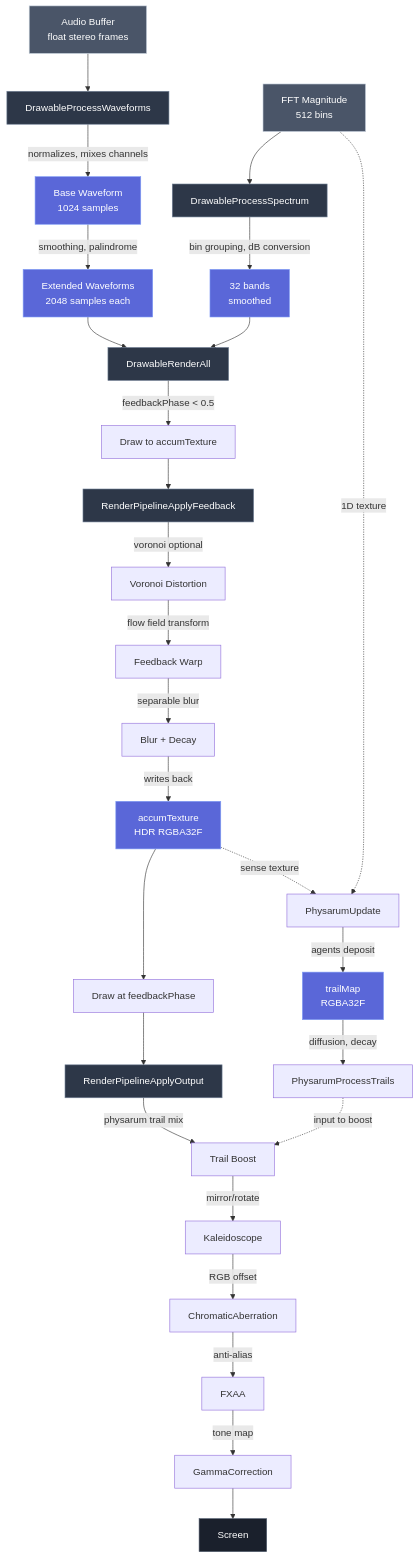
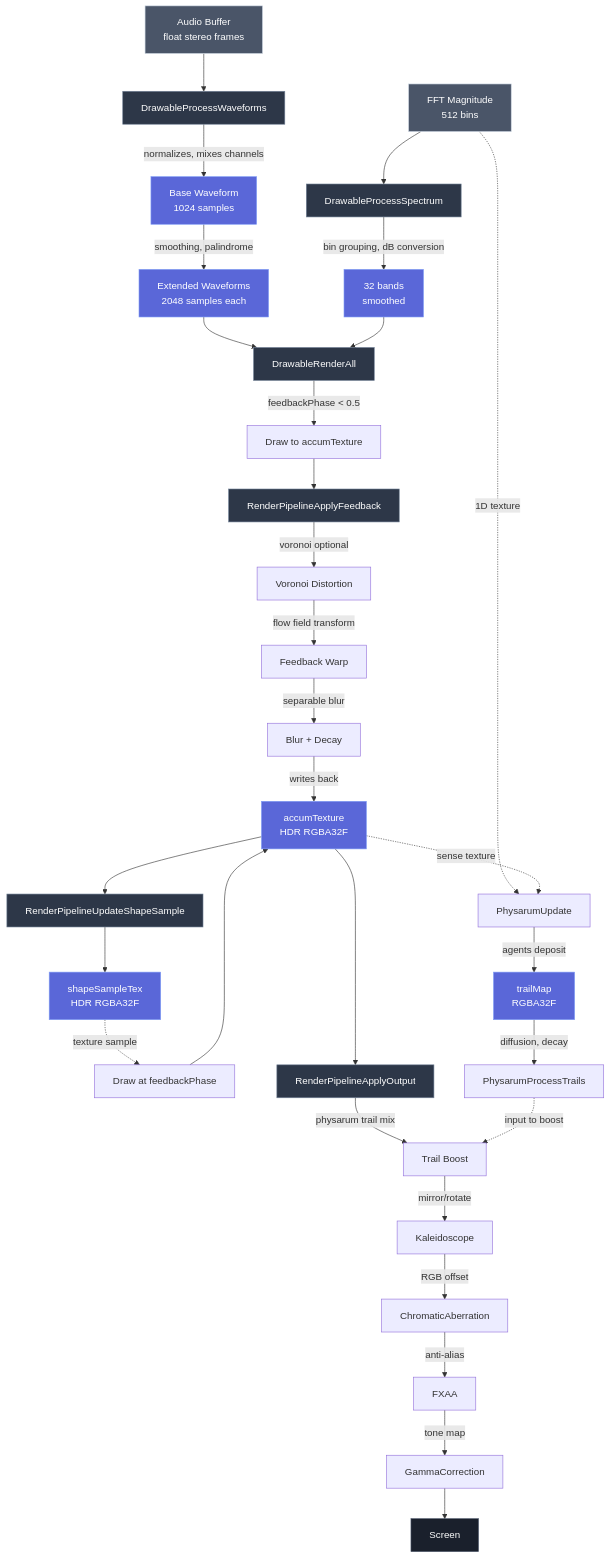
The diagram in docs/modules/render.md (EvanLavender13/audio-jones), drawn with Mermaid before and after one commit. The commit also changed other lines of this file and 4 other files, not shown here.

First line of the commit message:
Sync architecture docs with shape rendering changes

````diff
--- a/docs/modules/render.md
+++ b/docs/modules/render.md
@@ -24,52 +25,57 @@
 ```mermaid
 graph TD
     %% Input stage
     AudioBuffer[Audio Buffer<br/>float stereo frames] --> DrawableProcessWaveforms
     FFTMagnitude[FFT Magnitude<br/>512 bins] --> DrawableProcessSpectrum
 
     %% Processing stage
     DrawableProcessWaveforms --> |normalizes, mixes channels| WaveformBase[Base Waveform<br/>1024 samples]
     WaveformBase --> |smoothing, palindrome| WaveformExtended[Extended Waveforms<br/>2048 samples each]
     DrawableProcessSpectrum --> |bin grouping, dB conversion| SpectrumBands[32 bands<br/>smoothed]
 
     %% Rendering stage
     WaveformExtended --> DrawableRenderAll
     SpectrumBands --> DrawableRenderAll
     DrawableRenderAll --> |feedbackPhase < 0.5| PreFeedbackDraw[Draw to accumTexture]
 
     %% Feedback pipeline
     PreFeedbackDraw --> RenderPipelineApplyFeedback
     RenderPipelineApplyFeedback --> |voronoi optional| VoronoiPass[Voronoi Distortion]
     VoronoiPass --> |flow field transform| FeedbackPass[Feedback Warp]
     FeedbackPass --> |separable blur| BlurPass[Blur + Decay]
     BlurPass --> |writes back| AccumTexture[accumTexture<br/>HDR RGBA32F]
 
+    %% Shape sample copy
+    AccumTexture --> RenderPipelineUpdateShapeSample
+    RenderPipelineUpdateShapeSample --> ShapeSampleTex[shapeSampleTex<br/>HDR RGBA32F]
+
     %% Post-feedback draw
-    AccumTexture --> PostFeedbackDraw[Draw at feedbackPhase]
-    PostFeedbackDraw --> RenderPipelineApplyOutput
+    ShapeSampleTex -.->|texture sample| PostFeedbackDraw[Draw at feedbackPhase]
+    PostFeedbackDraw --> AccumTexture
+    AccumTexture --> RenderPipelineApplyOutput
 
     %% Output pipeline
     RenderPipelineApplyOutput --> |physarum trail mix| TrailBoost[Trail Boost]
     TrailBoost --> |mirror/rotate| Kaleidoscope
     Kaleidoscope --> |RGB offset| ChromaticAberration
     ChromaticAberration --> |anti-alias| FXAA
     FXAA --> |tone map| GammaCorrection
     GammaCorrection --> Screen[Screen]
 
     %% Physarum simulation
     FFTMagnitude -.->|1D texture| PhysarumUpdate
     AccumTexture -.->|sense texture| PhysarumUpdate
     PhysarumUpdate --> |agents deposit| TrailMap[trailMap<br/>RGBA32F]
     TrailMap --> |diffusion, decay| PhysarumProcessTrails
     PhysarumProcessTrails -.->|input to boost| TrailBoost
 
     classDef input fill:#4a5568,stroke:#cbd5e0,color:#fff
     classDef process fill:#2d3748,stroke:#718096,color:#fff
     classDef output fill:#1a202c,stroke:#4a5568,color:#fff
     classDef texture fill:#5a67d8,stroke:#7f9cf5,color:#fff
 
     class AudioBuffer,FFTMagnitude input
-    class DrawableProcessWaveforms,DrawableProcessSpectrum,DrawableRenderAll,RenderPipelineApplyFeedback,RenderPipelineApplyOutput process
-    class WaveformBase,WaveformExtended,SpectrumBands,AccumTexture,TrailMap texture
+    class DrawableProcessWaveforms,DrawableProcessSpectrum,DrawableRenderAll,RenderPipelineApplyFeedback,RenderPipelineApplyOutput,RenderPipelineUpdateShapeSample process
+    class WaveformBase,WaveformExtended,SpectrumBands,AccumTexture,TrailMap,ShapeSampleTex texture
     class Screen output
 ```
````
